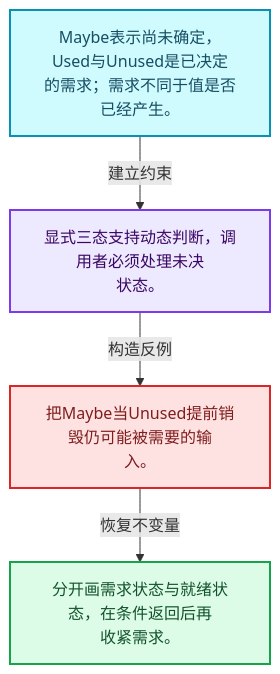
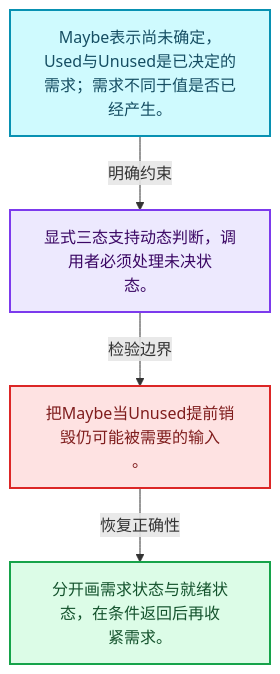
One commit to yunkezengren/blender-.vscode changed the first of 4 diagrams in 杂/markdown/全面学习-codex/09-LazyFunction与节点执行架构/03-Params与ValueUsage.md. Above: the diagram before and after it, drawn with Mermaid. The commit also changed other lines of this file and 1930 other files, not shown here.

````diff
--- a/杂/markdown/全面学习-codex/09-LazyFunction与节点执行架构/03-Params与ValueUsage.md
+++ b/杂/markdown/全面学习-codex/09-LazyFunction与节点执行架构/03-Params与ValueUsage.md
@@ -29,16 +29,16 @@
 ```mermaid
 flowchart TB
-  M["Maybe表示尚未确定，Used与Unused是已决定<br/>的需求；需求不同于值是否已经产生。"]:::data
-  T["显式三态支持动态判断，调用者必须处理未决<br/>状态。"]:::abstraction
-  X["把Maybe当Unused提前销毁仍可能被需要的输<br/>入。"]:::error
-  A["分开画需求状态与就绪状态，在条件返回后再<br/>收紧需求。"]:::result
-  M -->|"建立约束"| T
-  T -->|"构造反例"| X
-  X -->|"恢复不变量"| A
+  M["Maybe表示尚未确定，Used与Unused是已决定的<br/>需求；需求不同于值是否已经产生。"]:::data
+  C["显式三态支持动态判断，调用者必须处理未决状<br/>态。"]:::abstraction
+  B["把Maybe当Unused提前销毁仍可能被需要的输入<br/>。"]:::error
+  R["分开画需求状态与就绪状态，在条件返回后再收<br/>紧需求。"]:::result
+  M -->|"明确约束"| C
+  C -->|"检验边界"| B
+  B -->|"恢复正确性"| R
   classDef input fill:#DBEAFE,stroke:#2563EB,color:#172554,stroke-width:2px;
   classDef data fill:#CFFAFE,stroke:#0891B2,color:#164E63,stroke-width:2px;
   classDef abstraction fill:#EDE9FE,stroke:#7C3AED,color:#3B0764,stroke-width:2px;
   classDef compute fill:#FEF3C7,stroke:#D97706,color:#78350F,stroke-width:2px;
   classDef result fill:#DCFCE7,stroke:#16A34A,color:#14532D,stroke-width:2px;
   classDef error fill:#FEE2E2,stroke:#DC2626,color:#7F1D1D,stroke-width:2px;
 ```
````
